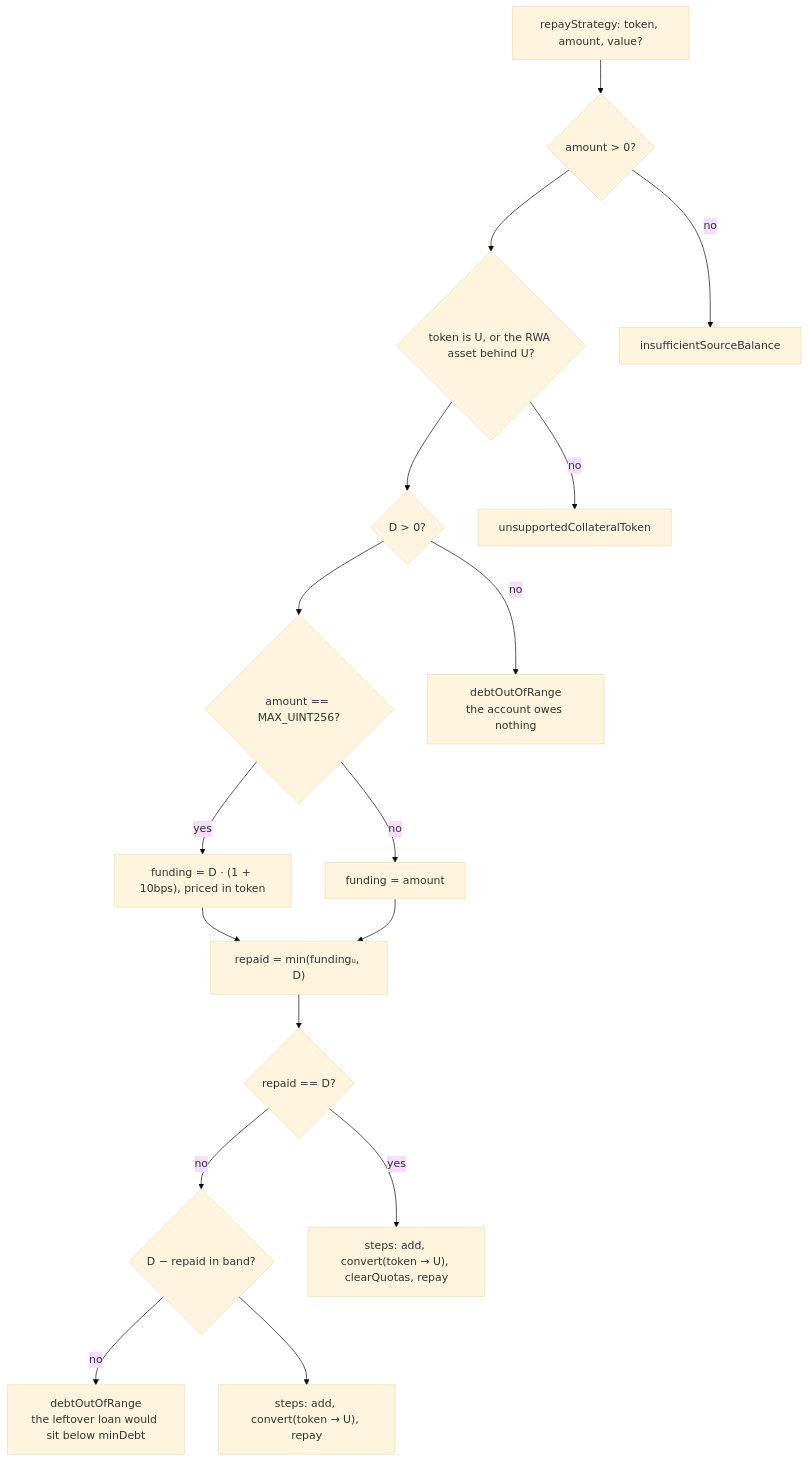
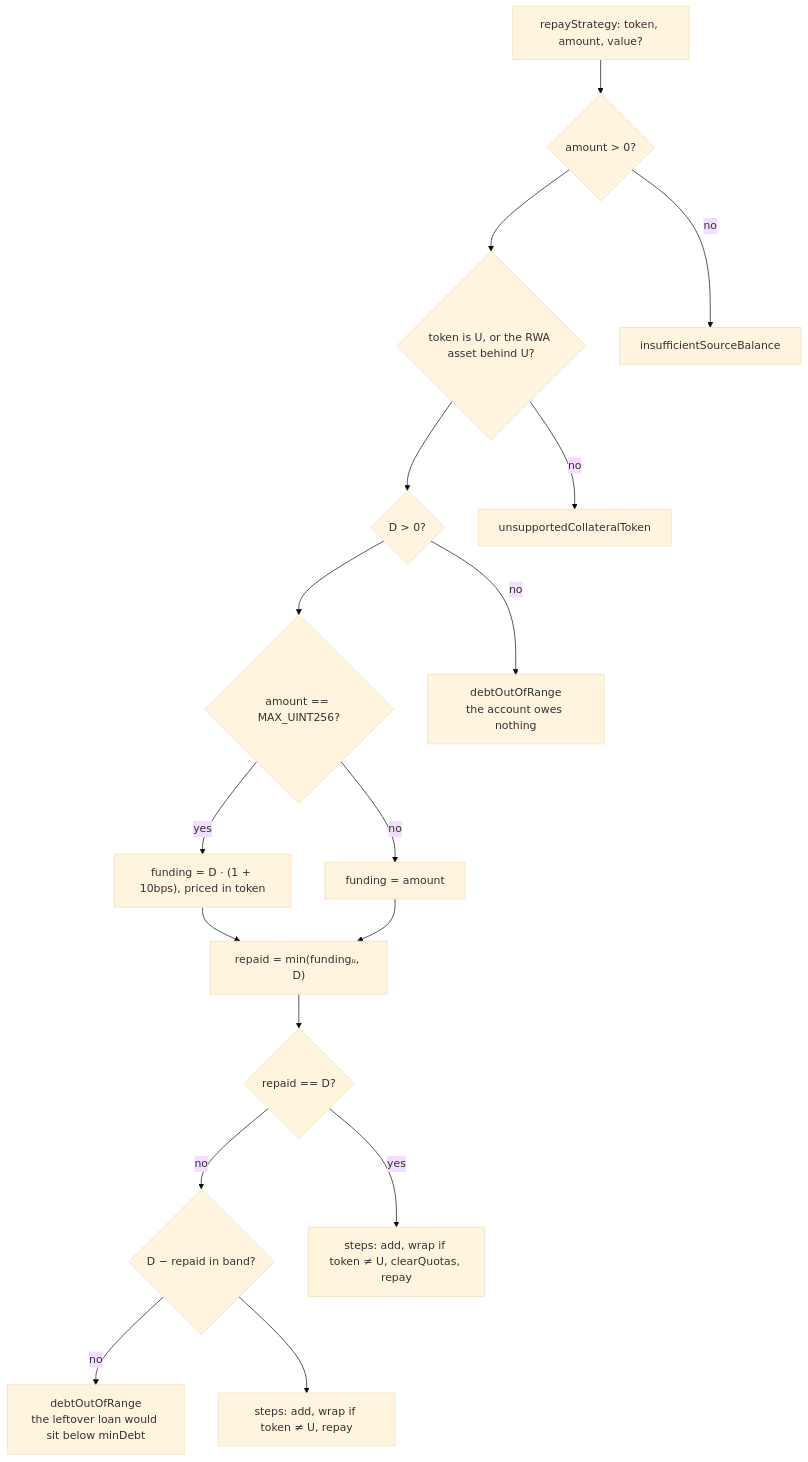
The first of 2 diagrams in docs/intents/repay.md (Gearbox-protocol/sdk), drawn with Mermaid (base theme) before and after one commit. The commit also changed other lines of this file and 13 other files, not shown here.

````diff
--- a/docs/intents/repay.md
+++ b/docs/intents/repay.md
@@ -29,30 +35,30 @@
 ```mermaid
 flowchart TD
   in["repayStrategy: token, amount, value?"]
   pos{"amount > 0?"}
   tok{"token is U, or the RWA asset behind U?"}
   debt{"D > 0?"}
   max{"amount == MAX_UINT256?"}
   f1["funding = D · (1 + 10bps), priced in token"]
   f2["funding = amount"]
   rep["repaid = min(fundingᵤ, D)"]
   full{"repaid == D?"}
   band{"D − repaid in band?"}
-  p1["steps: add, convert(token → U), clearQuotas, repay"]
-  p2["steps: add, convert(token → U), repay"]
+  p1["steps: add, wrap if token ≠ U, clearQuotas, repay"]
+  p2["steps: add, wrap if token ≠ U, repay"]
 
   in --> pos
   pos -->|"no"| e1["insufficientSourceBalance"]
   pos --> tok
   tok -->|"no"| e2["unsupportedCollateralToken"]
   tok --> debt
   debt -->|"no"| e3["debtOutOfRange<br/>the account owes nothing"]
   debt --> max
   max -->|"yes"| f1 --> rep
   max -->|"no"| f2 --> rep
   rep --> full
   full -->|"yes"| p1
   full -->|"no"| band
   band -->|"no"| e4["debtOutOfRange<br/>the leftover loan would sit below minDebt"]
   band --> p2
 ```
````
